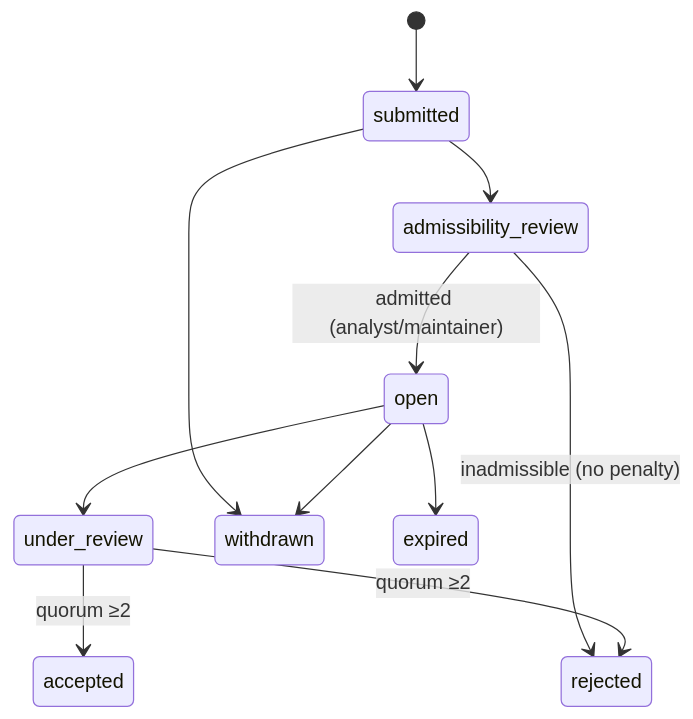
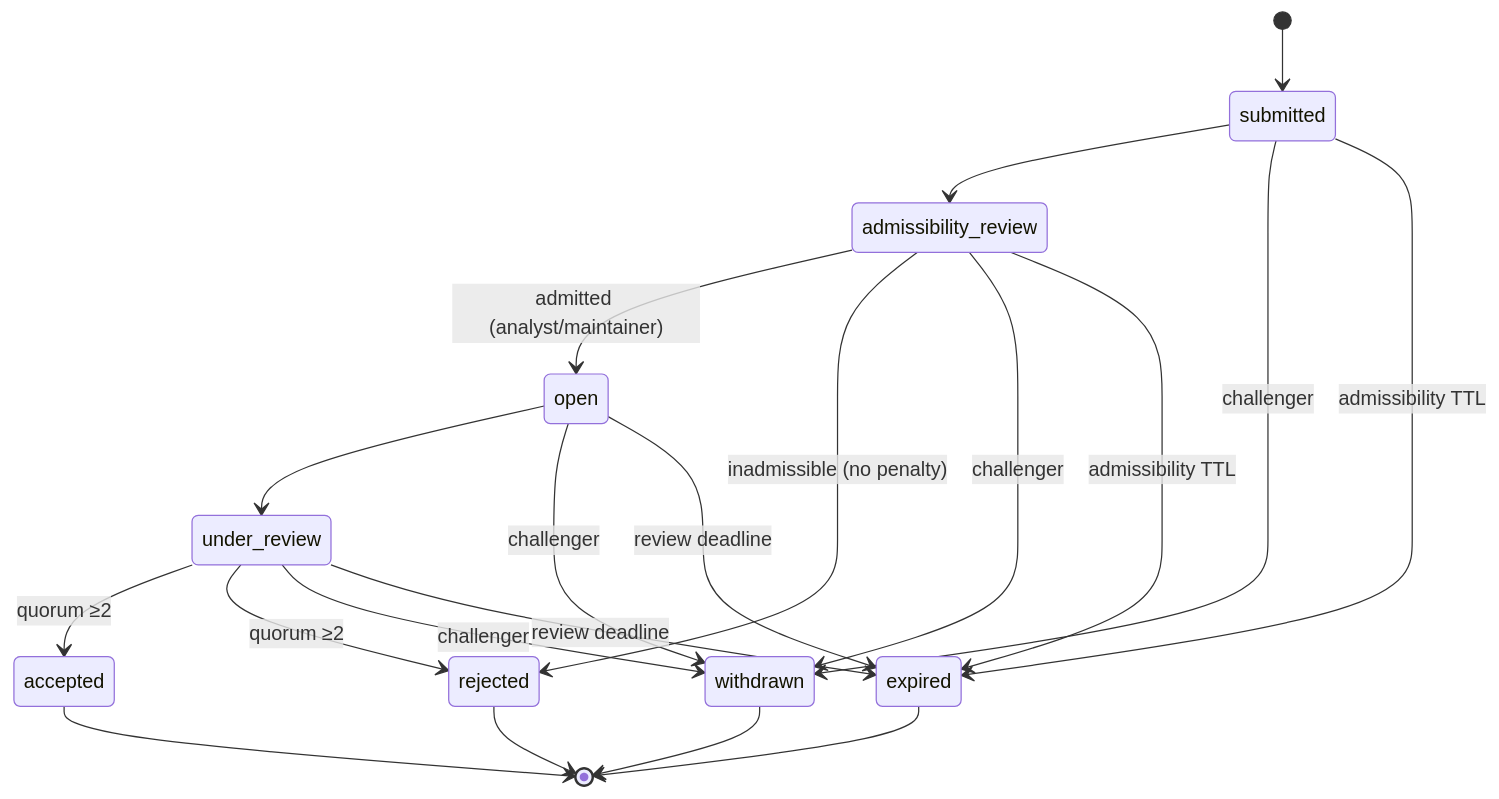
The second of 3 diagrams in docs/OSI_V2_STATE_MACHINES.md (friendlyfiree/open-solana-intelligence), drawn with Mermaid before and after one commit. The commit also changed other lines of this file and 9 other files, not shown here.

````diff
--- a/docs/OSI_V2_STATE_MACHINES.md
+++ b/docs/OSI_V2_STATE_MACHINES.md
@@ -98,13 +102,22 @@
 ```mermaid
 stateDiagram-v2
   [*] --> submitted
   submitted --> admissibility_review
+  submitted --> withdrawn: challenger
+  submitted --> expired: admissibility TTL
   admissibility_review --> open: admitted (analyst/maintainer)
   admissibility_review --> rejected: inadmissible (no penalty)
+  admissibility_review --> withdrawn: challenger
+  admissibility_review --> expired: admissibility TTL
   open --> under_review
+  open --> withdrawn: challenger
+  open --> expired: review deadline
   under_review --> accepted: quorum ≥2
   under_review --> rejected: quorum ≥2
-  submitted --> withdrawn
-  open --> withdrawn
-  open --> expired
+  under_review --> withdrawn: challenger
+  under_review --> expired: review deadline
+  accepted --> [*]
+  rejected --> [*]
+  withdrawn --> [*]
+  expired --> [*]
 ```
````
